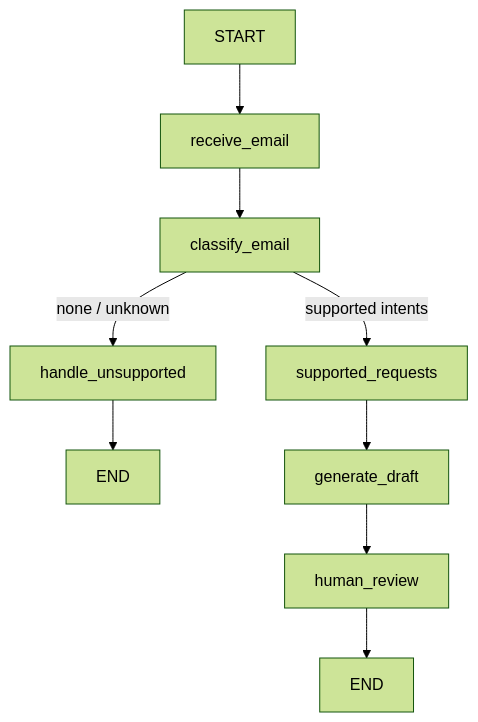
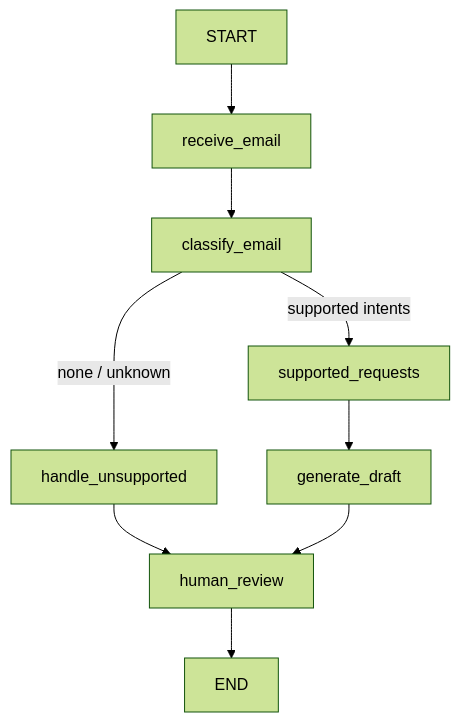
One commit to Ankur-Yadav09/AI_Email_Agent changed the diagram in docs/ARCHITECTURE.md. Above: the diagram before and after it, drawn with Mermaid (forest theme). The commit also changed other lines of this file and 22 other files, not shown here.

````diff
--- a/docs/ARCHITECTURE.md
+++ b/docs/ARCHITECTURE.md
@@ -51,7 +51,7 @@
 ```mermaid
 flowchart TD
     START --> receive_email --> classify_email
     classify_email -->|supported intents| supported_requests
-    classify_email -->|none / unknown| handle_unsupported --> END1[END]
-    supported_requests --> generate_draft --> human_review --> END2[END]
+    classify_email -->|none / unknown| handle_unsupported --> human_review
+    supported_requests --> generate_draft --> human_review --> END[END]
 ```
````
